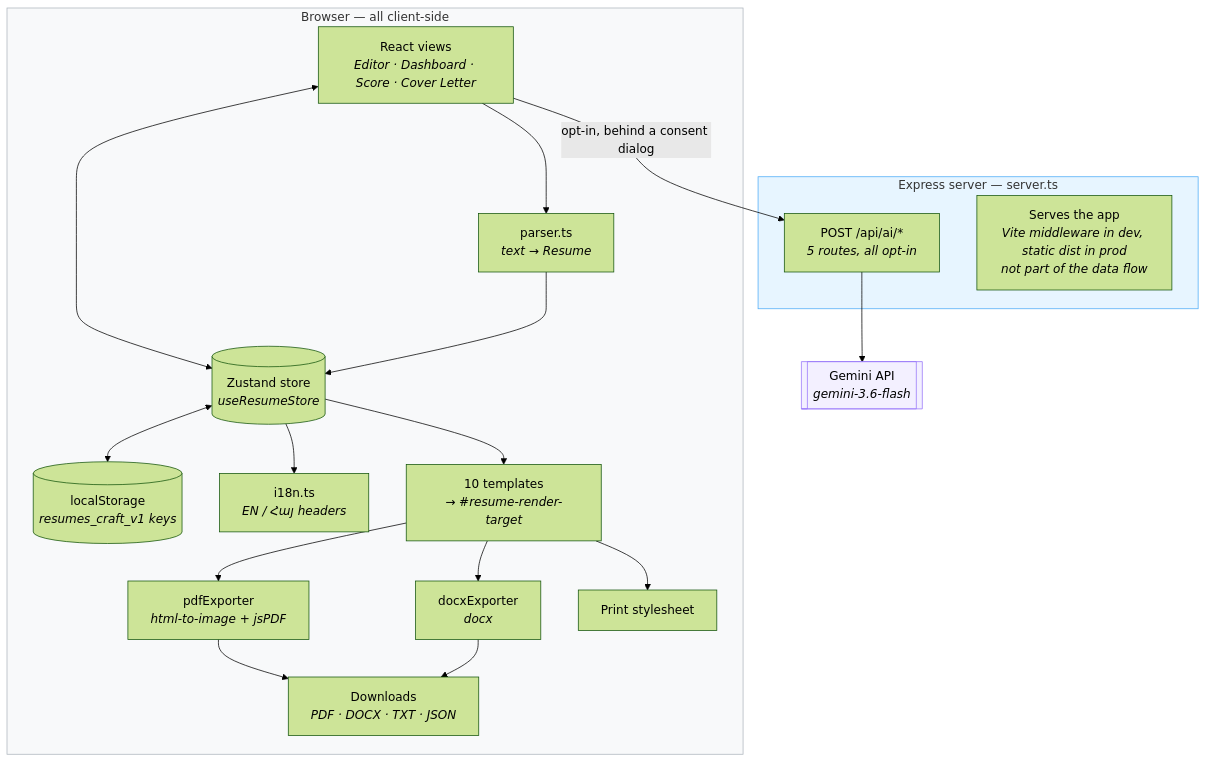
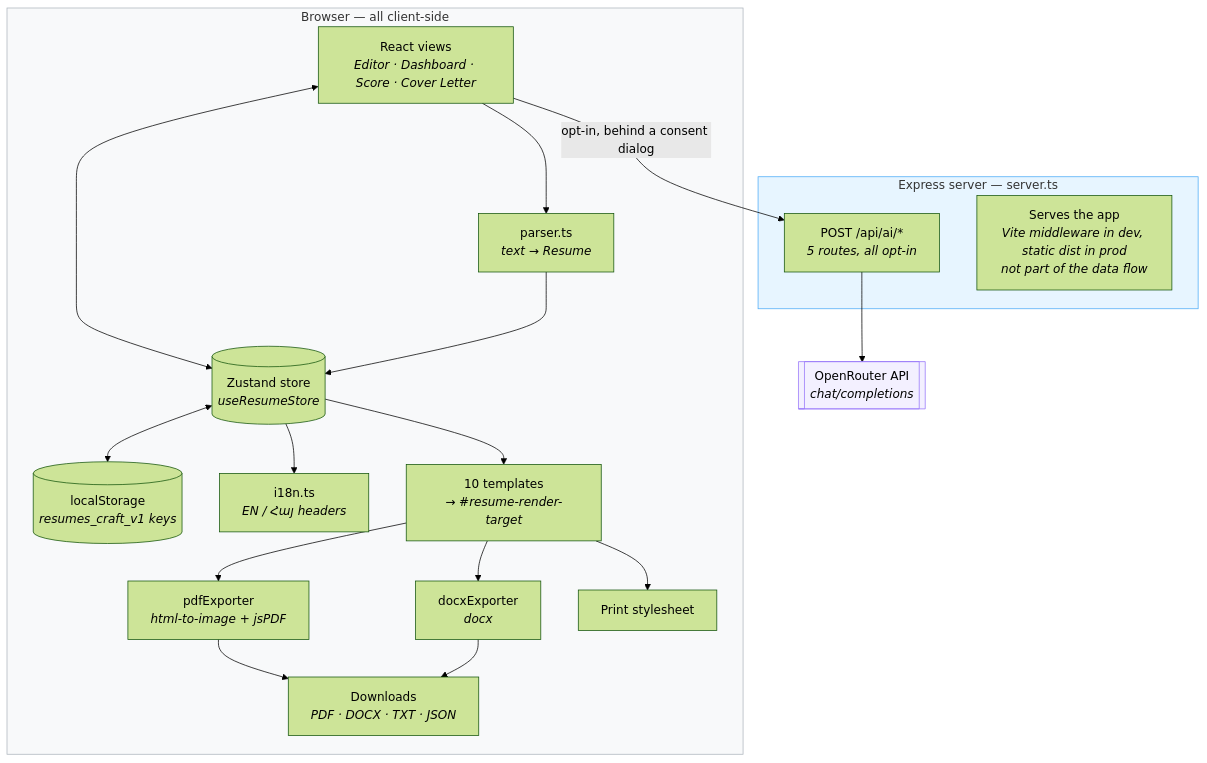
One commit to PaarsahJam/resume-craft changed the diagram in README.md. Above: the diagram before and after it, drawn with Mermaid (forest theme). The commit also changed other lines of this file and 43 other files, not shown here.

Commit message:
feat: migrate AI to OpenRouter with Vercel serverless functions

````diff
--- a/README.md
+++ b/README.md
@@ -306,36 +310,36 @@
 ```mermaid
 flowchart TB
     subgraph browser["Browser — all client-side"]
         UI["React views<br/><i>Editor · Dashboard · Score · Cover Letter</i>"]
         STORE[("Zustand store<br/><i>useResumeStore</i>")]
         LS[("localStorage<br/><i>resumes_craft_v1 keys</i>")]
         PARSER["parser.ts<br/><i>text → Resume</i>"]
         I18N["i18n.ts<br/><i>EN / Հայ headers</i>"]
         TPL["10 templates<br/><i>→ #resume-render-target</i>"]
         PDF["pdfExporter<br/><i>html-to-image + jsPDF</i>"]
         DOCX["docxExporter<br/><i>docx</i>"]
 
         UI <--> STORE
         STORE <--> LS
         UI --> PARSER --> STORE
         STORE --> I18N
         STORE --> TPL
         TPL --> PDF --> FILE["Downloads<br/><i>PDF · DOCX · TXT · JSON</i>"]
         TPL --> DOCX --> FILE
         TPL --> PRINT["Print stylesheet"]
     end
 
     subgraph server["Express server — server.ts"]
         API["POST /api/ai/*<br/><i>5 routes, all opt-in</i>"]
         STATIC["Serves the app<br/><i>Vite middleware in dev, static dist in prod</i><br/><i>not part of the data flow</i>"]
     end
 
-    GEMINI[["Gemini API<br/><i>gemini-3.6-flash</i>"]]
+    OPENROUTER[["OpenRouter API<br/><i>chat/completions</i>"]]
 
     UI -- "opt-in, behind a consent dialog" --> API
-    API --> GEMINI
+    API --> OPENROUTER
 
     style browser fill:#f8f9fa,stroke:#adb5bd
     style server fill:#e7f5ff,stroke:#4dabf7
-    style GEMINI fill:#f3f0ff,stroke:#9775fa
+    style OPENROUTER fill:#f3f0ff,stroke:#9775fa
 ```
````
